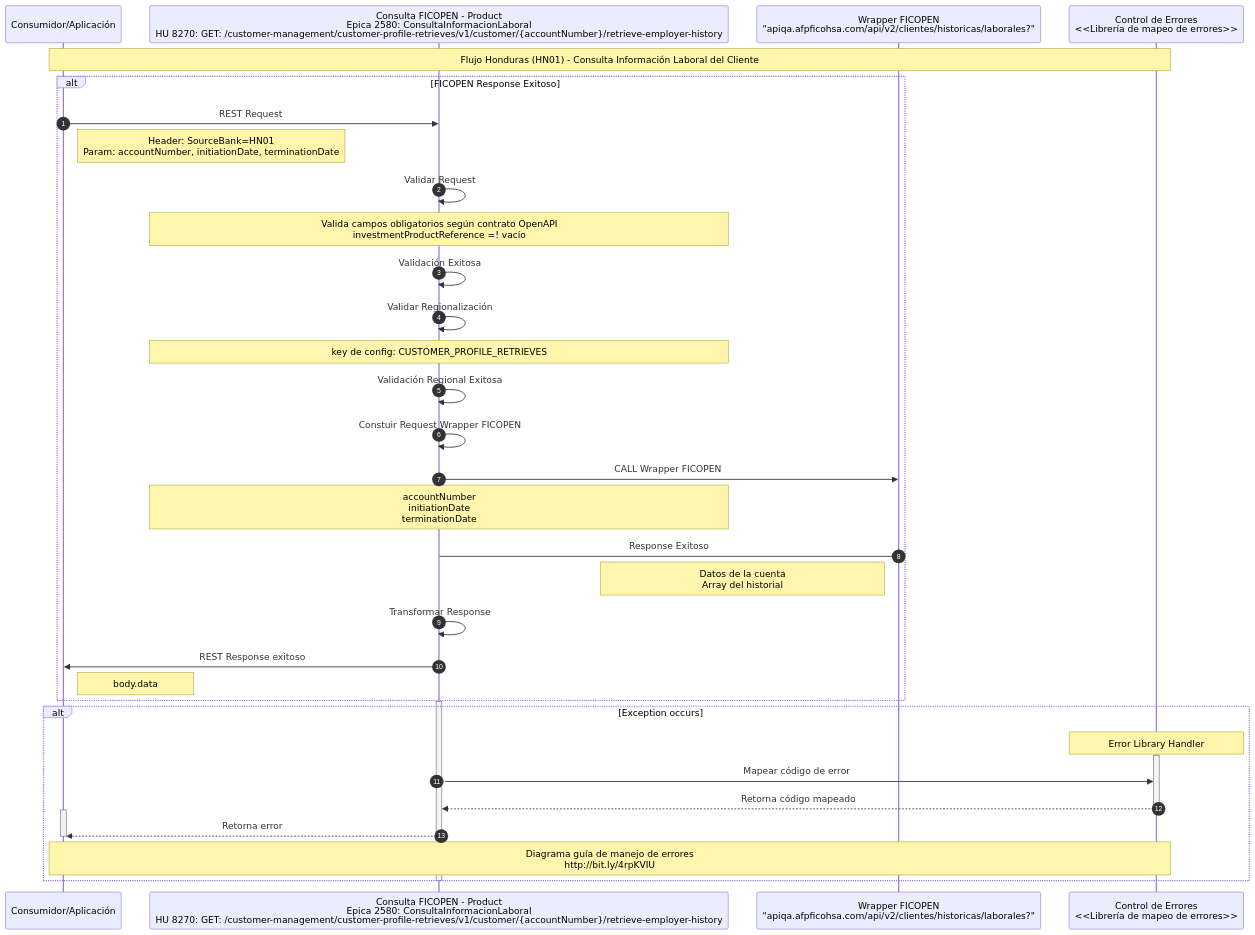
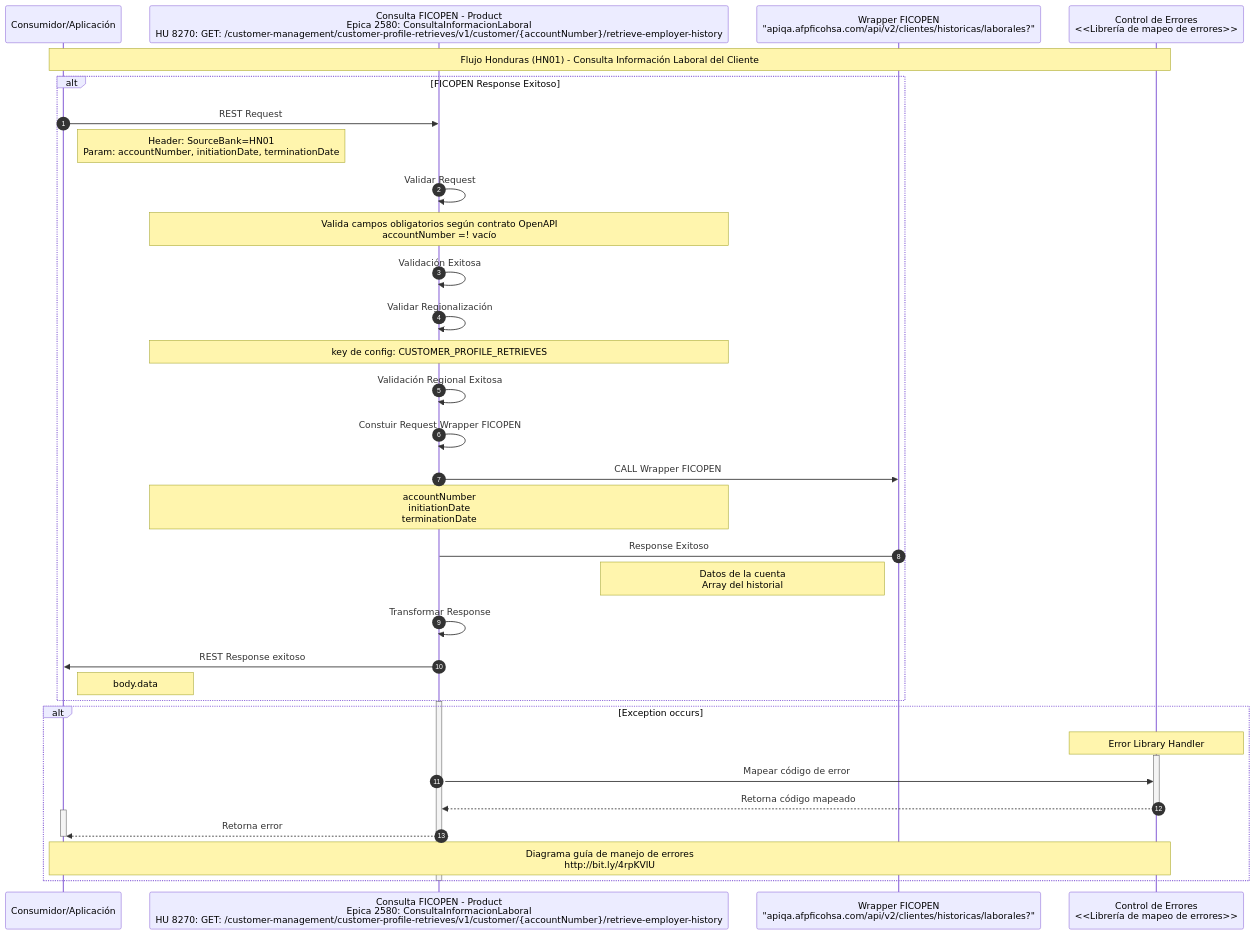
Before and after one commit to jmolano10/ficohsa-capa-media: the diagram in ZMigrationFeature/ConsultaInformacionLaboral/TO-BE-04-Secuencia-HN01.mmd, drawn with Mermaid. The commit also changed 1 other file, not shown here.

Commit message:
feat(docs): update sequence diagrams for API transformations and validations
- Add transformation note for ACCOUNT_CURRENCY field in ConsultaFICOPEN diagram (mapping 1=HNL, 2=USD, 3=EUR)
- Correct validation note in ConsultaInformacionLaboral diagram from investmentProductReference to accountNumber to match OpenAPI contract

```diff
--- a/ZMigrationFeature/ConsultaInformacionLaboral/TO-BE-04-Secuencia-HN01.mmd
+++ b/ZMigrationFeature/ConsultaInformacionLaboral/TO-BE-04-Secuencia-HN01.mmd
@@ -1,50 +1,50 @@
 sequenceDiagram
     autonumber
     participant Consumidor as Consumidor/Aplicación
     participant API as Consulta FICOPEN - Product <br> Epica 2580: ConsultaInformacionLaboral <br> HU 8270:  GET: /customer-management/customer-profile-retrieves/v1/customer/{accountNumber}/retrieve-employer-history
     participant WFP as Wrapper FICOPEN <br> "apiqa.afpficohsa.com/api/v2/clientes/historicas/laborales?"
     participant Errors as Control de Errores <br/> <<Librería de mapeo de errores>>
 
     Note over Consumidor, Errors: Flujo Honduras (HN01) - Consulta Información Laboral del Cliente
 
     alt FICOPEN Response Exitoso
         Consumidor->>API: REST Request
         Note right of Consumidor: Header: SourceBank=HN01 <br/> Param: accountNumber, initiationDate, terminationDate
 
         API->>API: Validar Request
-        Note over API: Valida campos obligatorios según contrato OpenAPI <br/>investmentProductReference =! vacío
+        Note over API: Valida campos obligatorios según contrato OpenAPI <br/>accountNumber =! vacío
 
         API->>API: Validación Exitosa
 
         API->>API: Validar Regionalización
         Note over API: key de config: CUSTOMER_PROFILE_RETRIEVES
 
         API->>API: Validación Regional Exitosa
 
         API->>API: Constuir Request Wrapper FICOPEN
 
         API->>WFP: CALL Wrapper FICOPEN
         Note over API: accountNumber <br> initiationDate <br> terminationDate
 
         WFP->API: Response Exitoso
         Note left of WFP: Datos de la cuenta <br/> Array del historial
 
         API->>API: Transformar Response
 
         API->>Consumidor: REST Response exitoso
         Note right of Consumidor: body.data
     end
 
     activate API
     alt Exception occurs
         note over Errors: Error Library Handler
         activate Errors
             API->> Errors: Mapear código de error
             Errors -->> API: Retorna código mapeado
         deactivate Errors
         activate Consumidor
             API-->> Consumidor: Retorna error
         deactivate Consumidor
         Note over Consumidor,Errors: Diagrama guía de manejo de errores <br> http://bit.ly/4rpKVIU
     end
     deactivate API
```
